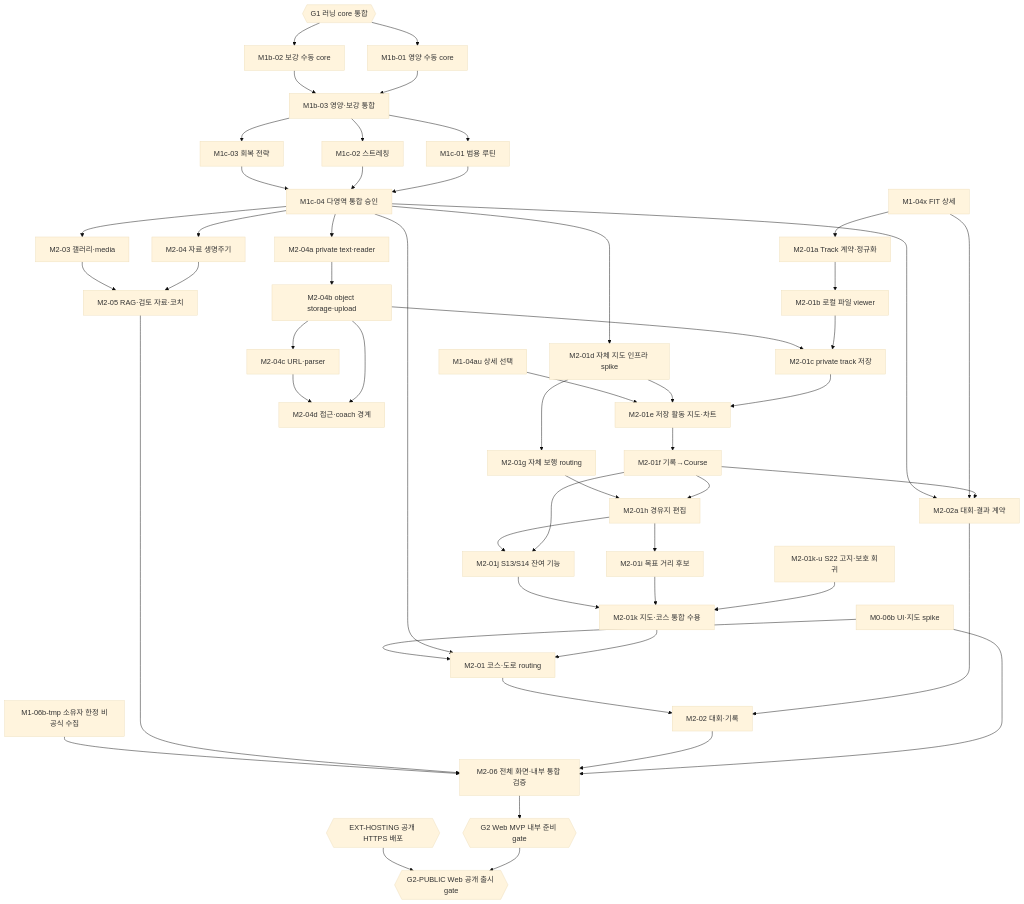
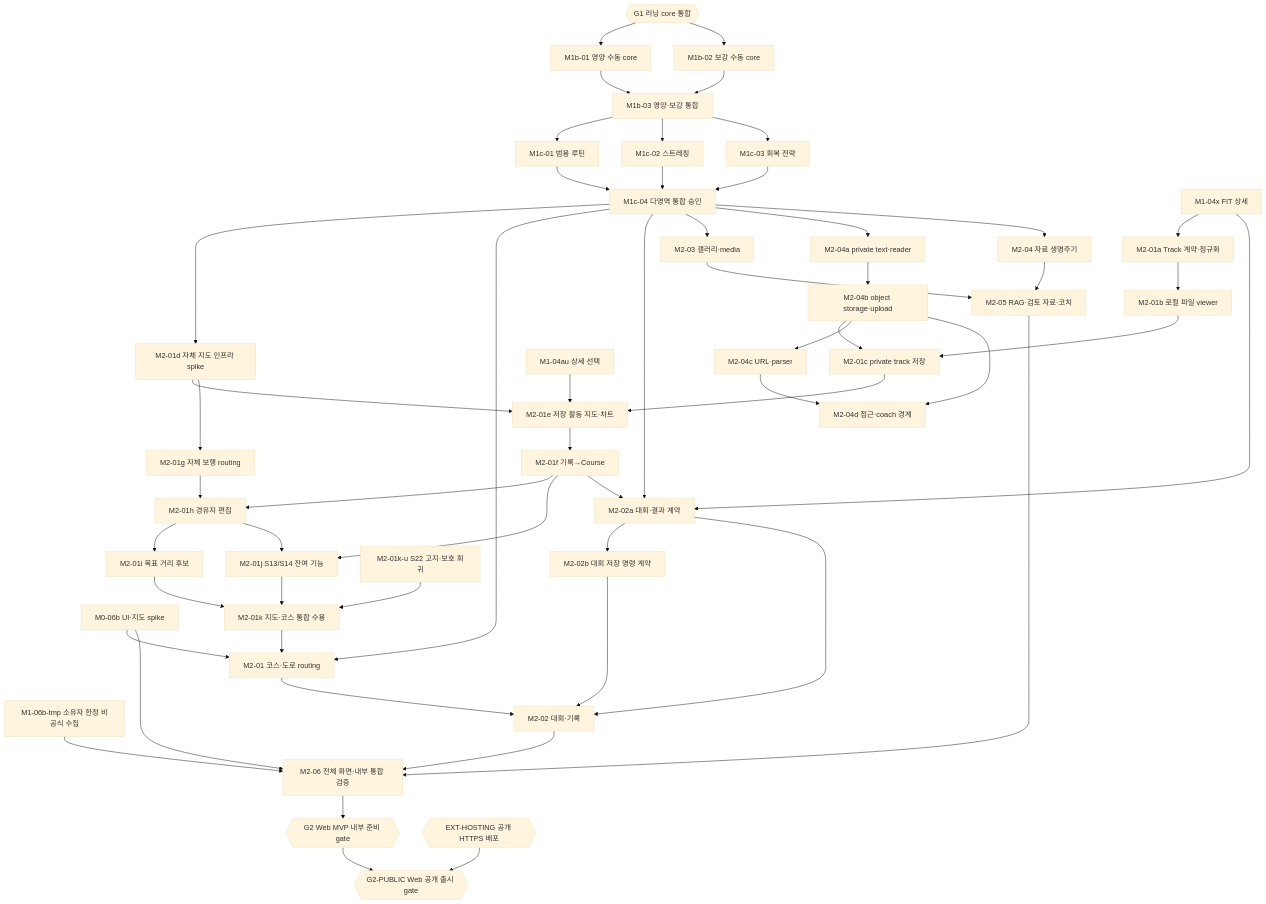
One commit to peacecheejecake/workout-manager changed the third of 4 diagrams in docs/implementation/task-graph.md. Above: the diagram before and after it, drawn with Mermaid (base theme). The commit also changed other lines of this file and 5 other files, not shown here.

```diff
--- a/docs/implementation/task-graph.md
+++ b/docs/implementation/task-graph.md
@@ -494,6 +494,9 @@
     mapk --> task26
     task27["M2-02 대회·기록"]
     task27a["M2-02a 대회·결과 계약"]
+    task27b["M2-02b 대회 저장 명령 계약"]
+    task27a --> task27b
+    task27b --> task27
     task28["M2-03 갤러리·media"]
     task29["M2-04 자료 생명주기"]
     task29a["M2-04a private text·reader"]
```
